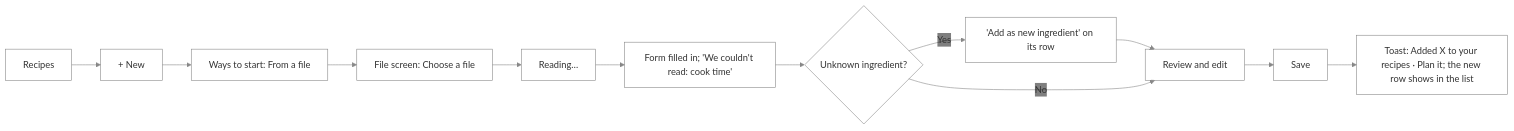
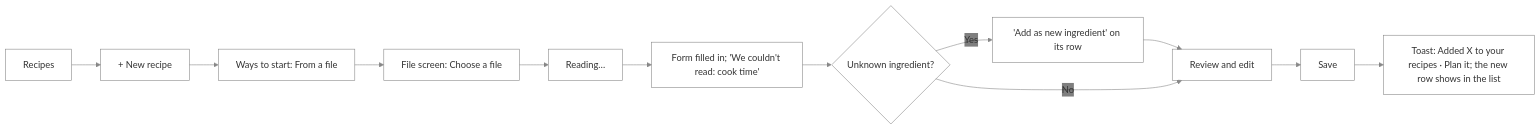
Diagram 39 of 54 in src/apps/pinch/UX.md (NovaMoonX/moondreams-dev-apps), drawn with Mermaid before and after one commit. The commit also changed other lines of this file and 4 other files, not shown here.

````diff
--- a/src/apps/pinch/UX.md
+++ b/src/apps/pinch/UX.md
@@ -1325,9 +1315,9 @@
 ```mermaid
 %%{init: {'theme': 'base', 'themeVariables': {'primaryColor': 'transparent', 'clusterBkg': 'transparent', 'primaryBorderColor': '#888888', 'clusterBorder': '#888888', 'lineColor': '#888888', 'primaryTextColor': '#333333'}}}%%
 flowchart LR
-    A[Recipes] --> B[+ New] --> C["Ways to start: From a file"] --> C2["File screen: Choose a file"] --> D["Reading…"] --> E["Form filled in; 'We couldn't read: cook time'"]
+    A[Recipes] --> B[+ New recipe] --> C["Ways to start: From a file"] --> C2["File screen: Choose a file"] --> D["Reading…"] --> E["Form filled in; 'We couldn't read: cook time'"]
     E --> F{"Unknown ingredient?"}
     F -->|Yes| G["'Add as new ingredient' on its row"] --> H[Review and edit]
     F -->|No| H
     H --> I[Save] --> J["Toast: Added X to your recipes · Plan it; the new row shows in the list"]
 ```
````
